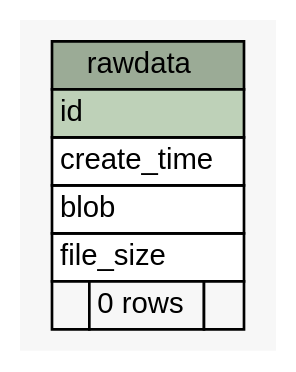
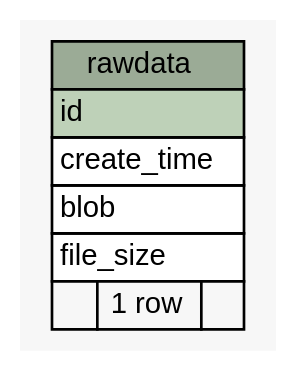
Before and after one commit to btv/DED_backend: the diagram in dbDocs/diagrams/summary/rawdata.1degree.dot, drawn with Graphviz. The commit also changed 27 other files, not shown here.

```diff
--- a/dbDocs/diagrams/summary/rawdata.1degree.dot
+++ b/dbDocs/diagrams/summary/rawdata.1degree.dot
@@ -1,33 +1,33 @@
 // dot 2.42.3 on Mac OS X 10.15.4
 // SchemaSpy rev 590
 digraph "rawdata" {
   graph [
     rankdir="RL"
     bgcolor="#f7f7f7"
     nodesep="0.18"
     ranksep="0.46"
     fontname="Helvetica"
     fontsize="11"
   ];
   node [
     fontname="Helvetica"
     fontsize="11"
     shape="plaintext"
   ];
   edge [
     arrowsize="0.8"
   ];
   "rawdata" [
     label=<
     <TABLE BORDER="0" CELLBORDER="1" CELLSPACING="0" BGCOLOR="#ffffff">
       <TR><TD COLSPAN="3" BGCOLOR="#9bab96" ALIGN="CENTER">rawdata</TD></TR>
       <TR><TD PORT="id" COLSPAN="3" BGCOLOR="#bed1b8" ALIGN="LEFT">id</TD></TR>
       <TR><TD PORT="create_time" COLSPAN="3" ALIGN="LEFT">create_time</TD></TR>
       <TR><TD PORT="blob" COLSPAN="3" ALIGN="LEFT">blob</TD></TR>
       <TR><TD PORT="file_size" COLSPAN="3" ALIGN="LEFT">file_size</TD></TR>
-      <TR><TD ALIGN="LEFT" BGCOLOR="#f7f7f7">  </TD><TD ALIGN="RIGHT" BGCOLOR="#f7f7f7">0 rows</TD><TD ALIGN="RIGHT" BGCOLOR="#f7f7f7">  </TD></TR>
+      <TR><TD ALIGN="LEFT" BGCOLOR="#f7f7f7">  </TD><TD ALIGN="RIGHT" BGCOLOR="#f7f7f7">1 row</TD><TD ALIGN="RIGHT" BGCOLOR="#f7f7f7">  </TD></TR>
     </TABLE>>
     URL="tables/rawdata.html"
     tooltip="rawdata"
   ];
 }
```
